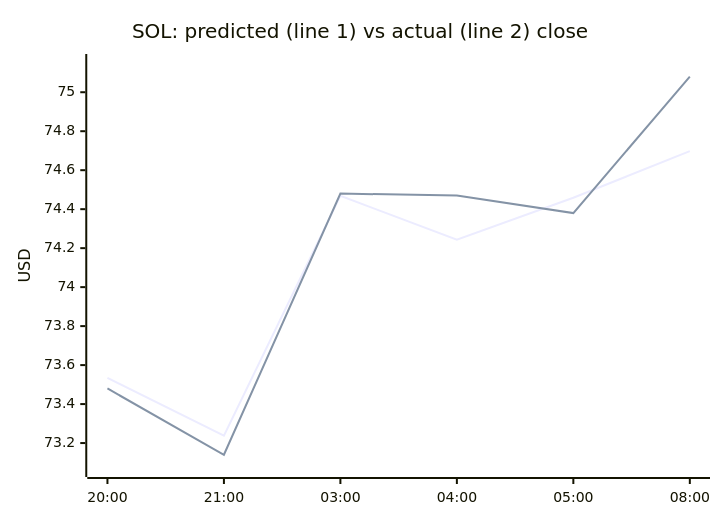
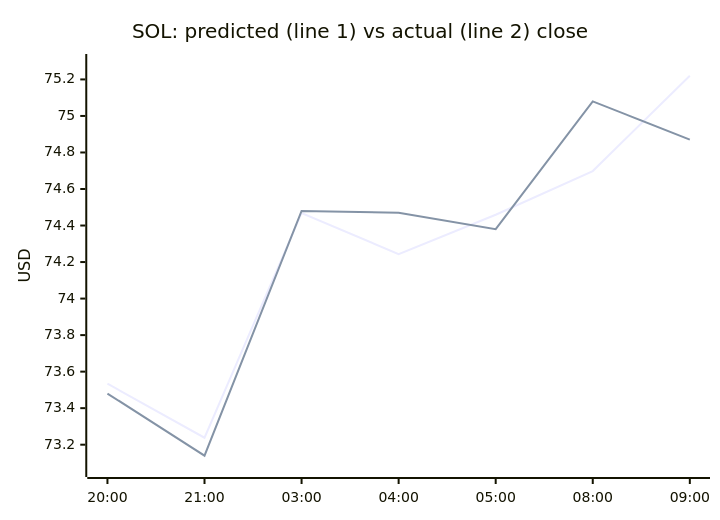
The third of 4 diagrams in README.md (samuelkreitl-wq/crypto-hourly-forecaster), drawn with Mermaid before and after one commit. The commit also changed other lines of this file and 14 other files, not shown here.

````diff
--- a/README.md
+++ b/README.md
@@ -56,8 +56,8 @@
 ```mermaid
 xychart-beta
     title "SOL: predicted (line 1) vs actual (line 2) close"
-    x-axis ["20:00", "21:00", "03:00", "04:00", "05:00", "08:00"]
-    y-axis "USD" 73.0669 --> 75.1551
-    line [73.5341, 73.2381, 74.4685, 74.2437, 74.4589, 74.6981]
-    line [73.4800, 73.1400, 74.4800, 74.4700, 74.3800, 75.0800]
+    x-axis ["20:00", "21:00", "03:00", "04:00", "05:00", "08:00", "09:00"]
+    y-axis "USD" 73.0669 --> 75.2954
+    line [73.5341, 73.2381, 74.4685, 74.2437, 74.4589, 74.6981, 75.2202]
+    line [73.4800, 73.1400, 74.4800, 74.4700, 74.3800, 75.0800, 74.8700]
 ```
````
